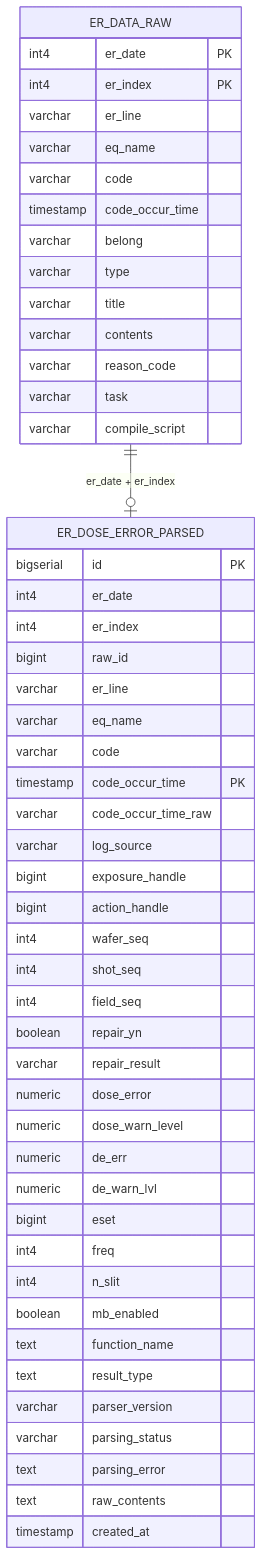
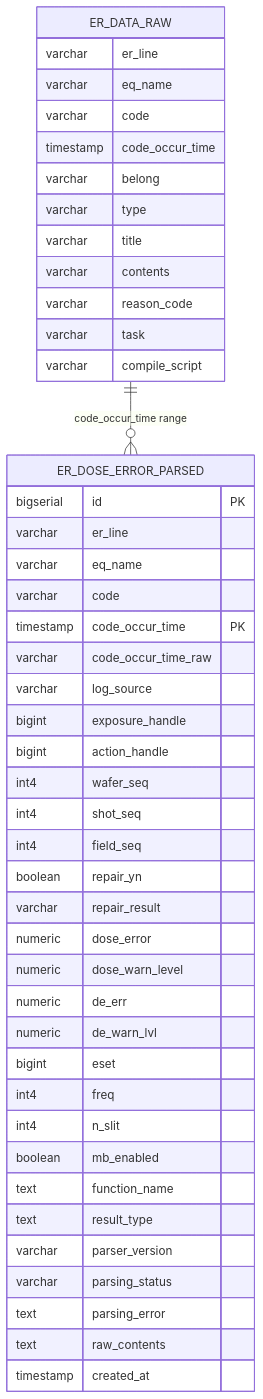
The diagram in ER_DOSE_ERROR.md (junho0831/PythonStudy), drawn with Mermaid before and after one commit. The commit also changed other lines of this file and 7 other files, not shown here.

Commit message:
Remove ER raw identifier columns

````diff
--- a/ER_DOSE_ERROR.md
+++ b/ER_DOSE_ERROR.md
@@ -15,55 +16,50 @@
 ```mermaid
 erDiagram
-    ER_DATA_RAW ||--o| ER_DOSE_ERROR_PARSED : "er_date + er_index"
+    ER_DATA_RAW ||--o{ ER_DOSE_ERROR_PARSED : "code_occur_time range"
 
     ER_DATA_RAW {
-        int4 er_date PK
-        int4 er_index PK
         varchar er_line
         varchar eq_name
         varchar code
         timestamp code_occur_time
         varchar belong
         varchar type
         varchar title
         varchar contents
         varchar reason_code
         varchar task
         varchar compile_script
     }
 
     ER_DOSE_ERROR_PARSED {
         bigserial id PK
-        int4 er_date
-        int4 er_index
-        bigint raw_id
         varchar er_line
         varchar eq_name
         varchar code
         timestamp code_occur_time PK
         varchar code_occur_time_raw
         varchar log_source
         bigint exposure_handle
         bigint action_handle
         int4 wafer_seq
         int4 shot_seq
         int4 field_seq
         boolean repair_yn
         varchar repair_result
         numeric dose_error
         numeric dose_warn_level
         numeric de_err
         numeric de_warn_lvl
         bigint eset
         int4 freq
         int4 n_slit
         boolean mb_enabled
         text function_name
         text result_type
         varchar parser_version
         varchar parsing_status
         text parsing_error
         text raw_contents
         timestamp created_at
     }
 ```
````
